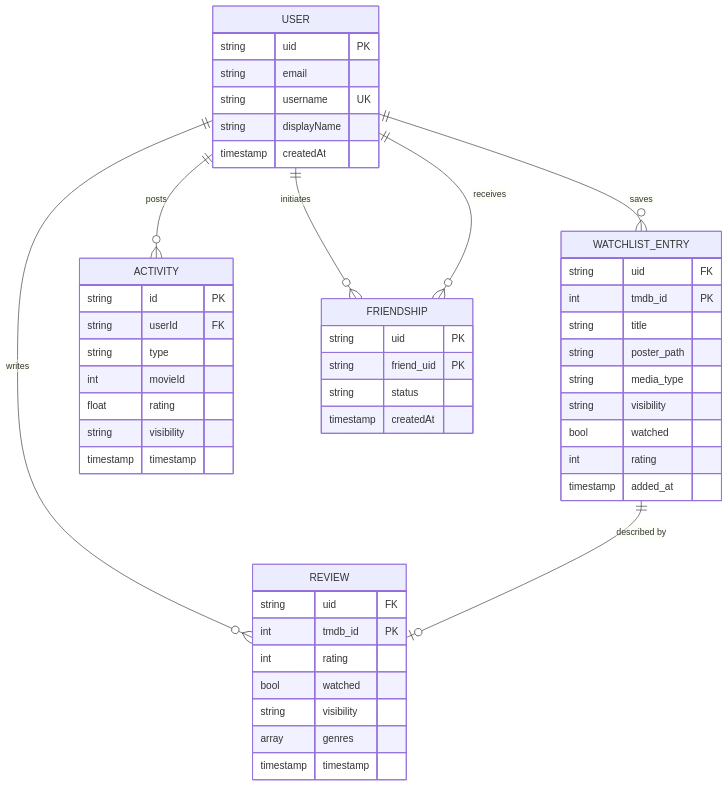
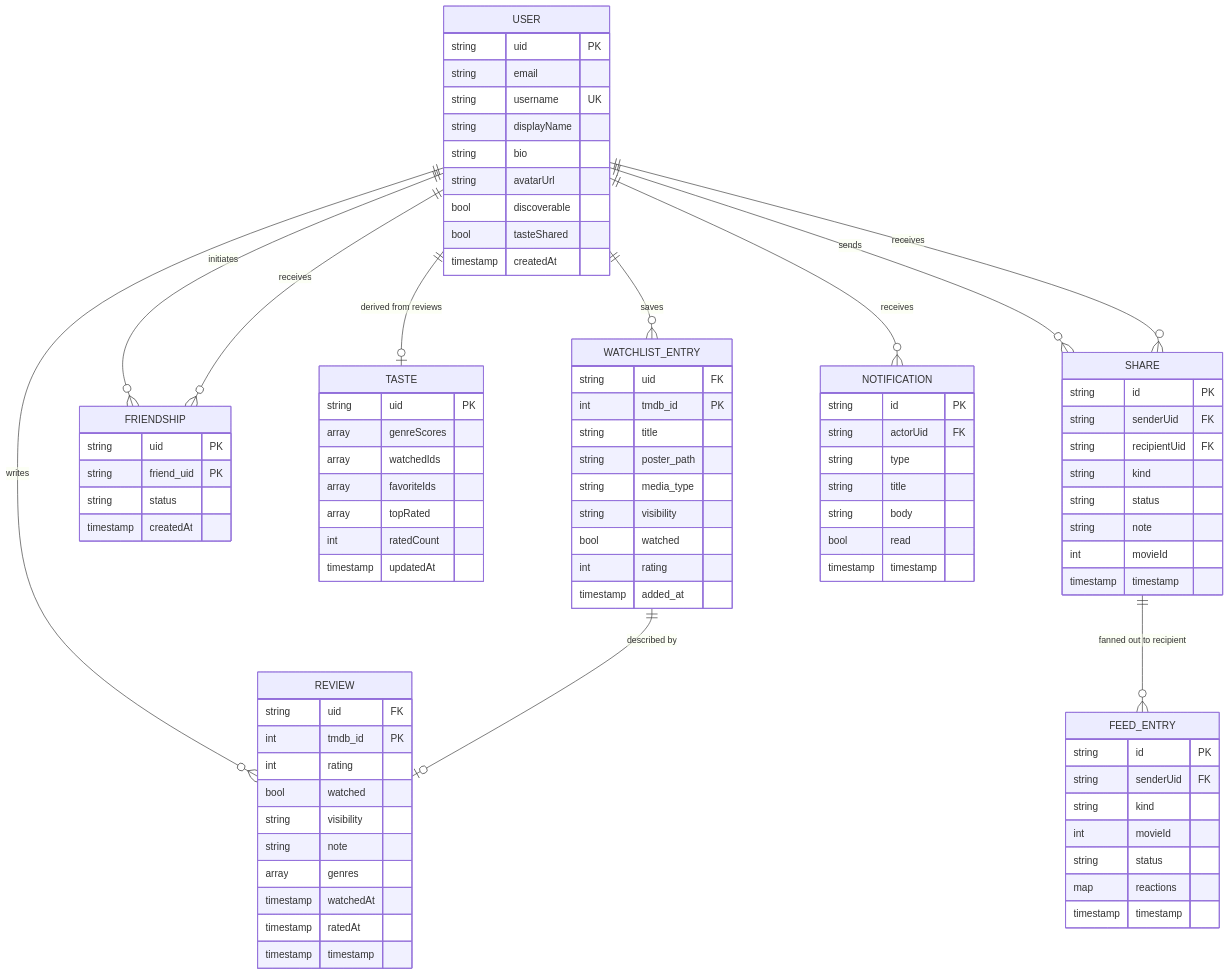
One commit to Jand05x/movie-watchlist changed the diagram in docs/er-diagram.md. Above: the diagram before and after it, drawn with Mermaid. The commit also changed other lines of this file and 43 other files, not shown here.

````diff
--- a/docs/er-diagram.md
+++ b/docs/er-diagram.md
@@ -4,9 +4,13 @@
 erDiagram
     USER ||--o{ WATCHLIST_ENTRY : saves
     USER ||--o{ REVIEW : writes
-    USER ||--o{ ACTIVITY : posts
     USER ||--o{ FRIENDSHIP : initiates
     USER ||--o{ FRIENDSHIP : receives
+    USER ||--o| TASTE : "derived from reviews"
+    USER ||--o{ SHARE : sends
+    USER ||--o{ SHARE : receives
+    SHARE ||--o{ FEED_ENTRY : "fanned out to recipient"
+    USER ||--o{ NOTIFICATION : receives
     WATCHLIST_ENTRY ||--o| REVIEW : "described by"
 
     USER {
@@ -14,6 +18,10 @@
         string email
         string username UK
         string displayName
+        string bio
+        string avatarUrl
+        bool discoverable
+        bool tasteShared
         timestamp createdAt
     }
 
@@ -35,8 +43,21 @@
         int rating
         bool watched
         string visibility
+        string note
         array genres
+        timestamp watchedAt
+        timestamp ratedAt
         timestamp timestamp
+    }
+
+    TASTE {
+        string uid PK
+        array genreScores
+        array watchedIds
+        array favoriteIds
+        array topRated
+        int ratedCount
+        timestamp updatedAt
     }
 
     FRIENDSHIP {
@@ -46,13 +67,34 @@
         timestamp createdAt
     }
 
-    ACTIVITY {
+    SHARE {
         string id PK
-        string userId FK
+        string senderUid FK
+        string recipientUid FK
+        string kind
+        string status
+        string note
+        int movieId
+        timestamp timestamp
+    }
+
+    FEED_ENTRY {
+        string id PK
+        string senderUid FK
+        string kind
+        int movieId
+        string status
+        map reactions
+        timestamp timestamp
+    }
+
+    NOTIFICATION {
+        string id PK
+        string actorUid FK
         string type
-        int movieId
-        float rating
-        string visibility
+        string title
+        string body
+        bool read
         timestamp timestamp
     }
 ```
````
